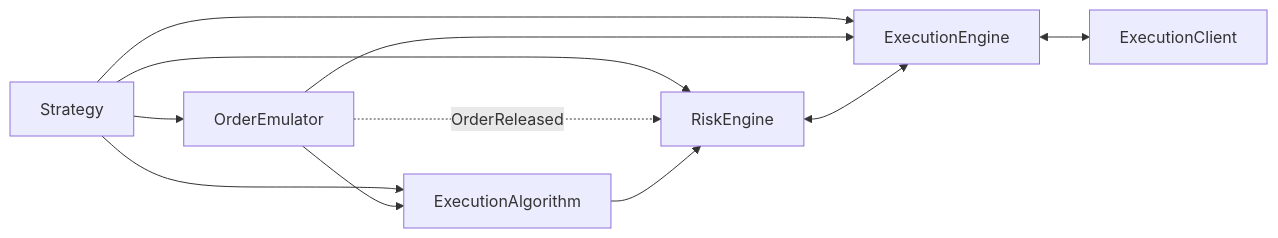
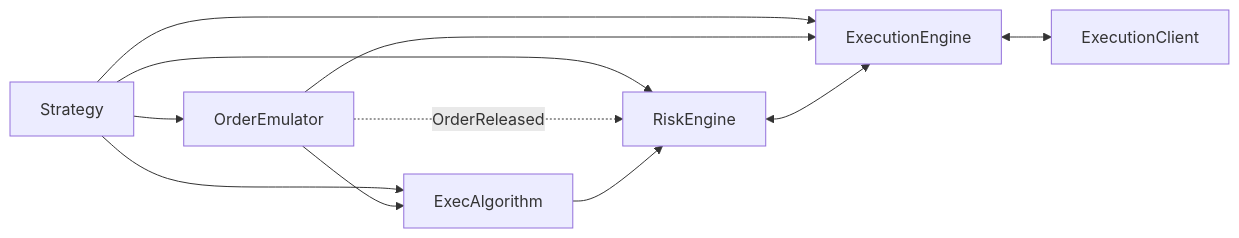
Before and after one commit to sbOogway/nautilus_trader: the diagram in docs/concepts/execution.md, drawn with Mermaid. The commit also changed other lines of this file and 3160 other files, not shown here.

````diff
--- a/docs/concepts/execution.md
+++ b/docs/concepts/execution.md
@@ -55,20 +58,20 @@
 ```mermaid
 flowchart LR
     strategy[Strategy]
     emulator[OrderEmulator]
-    algo[ExecutionAlgorithm]
+    algo[ExecAlgorithm]
     risk[RiskEngine]
     engine[ExecutionEngine]
     client[ExecutionClient]
 
     strategy --> emulator
     strategy --> algo
     strategy --> risk
     strategy --> engine
     emulator -. OrderReleased .-> risk
     emulator --> algo
     emulator --> engine
     algo --> risk
     risk <--> engine
     engine <--> client
 ```
````
